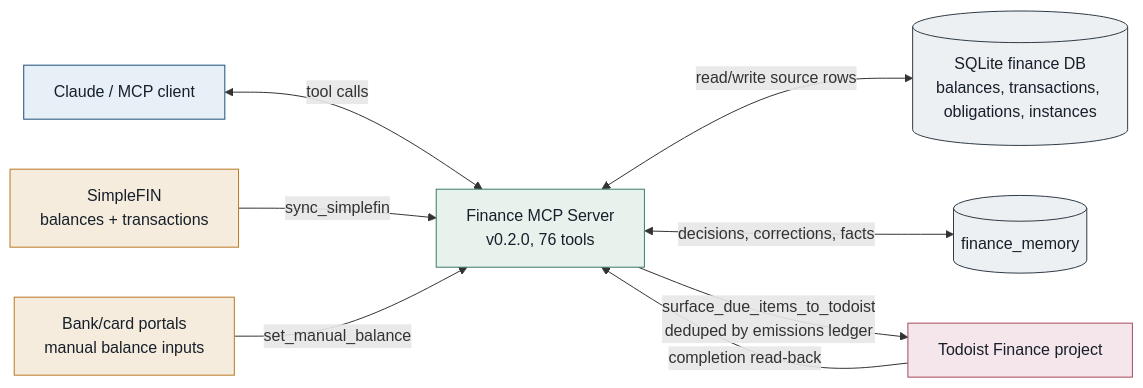
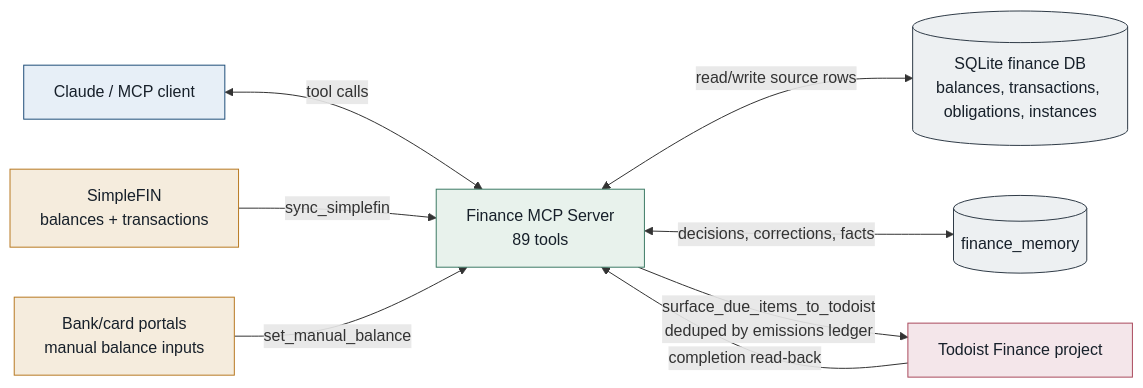
Before and after one commit to albeorla/personal-finance-agent: the first of 2 diagrams in README.md, drawn with Mermaid. The commit also changed other lines of this file and 4 other files, not shown here.

````diff
--- a/README.md
+++ b/README.md
@@ -13,24 +13,24 @@
 ```mermaid
 flowchart LR
-    Claude["Claude / MCP client"] <-->|"tool calls"| Server["Finance MCP Server<br/>v0.2.0, 76 tools"]
+    Claude["Claude / MCP client"] <-->|"tool calls"| Server["Finance MCP Server<br/>89 tools"]
 
     SimpleFIN["SimpleFIN<br/>balances + transactions"] -->|"sync_simplefin"| Server
     Portals["Bank/card portals<br/>manual balance inputs"] -->|"set_manual_balance"| Server
 
     Server <-->|"read/write source rows"| SQLite[("SQLite finance DB<br/>balances, transactions, obligations, instances")]
     Server <-->|"decisions, corrections, facts"| Memory[("finance_memory")]
 
     Server -->|"surface_due_items_to_todoist<br/>deduped by emissions ledger"| Todoist["Todoist Finance project"]
     Todoist -->|"completion read-back"| Server
 
     classDef client fill:#e7eff7,stroke:#1f4e79,color:#17202a
     classDef server fill:#e8f2ec,stroke:#3d7b65,color:#17202a
     classDef source fill:#f5ecdd,stroke:#b87922,color:#17202a
     classDef output fill:#f4e6ea,stroke:#aa4a5d,color:#17202a
     classDef store fill:#edf0f2,stroke:#2f3b47,color:#17202a
     class Claude client
     class Server server
     class SimpleFIN,Portals source
     class Todoist output
     class SQLite,Memory store
 ```
````
